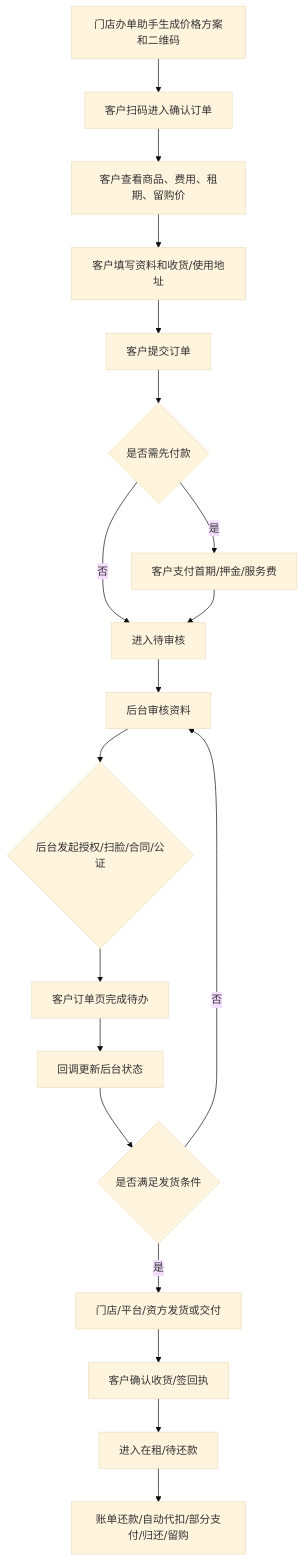
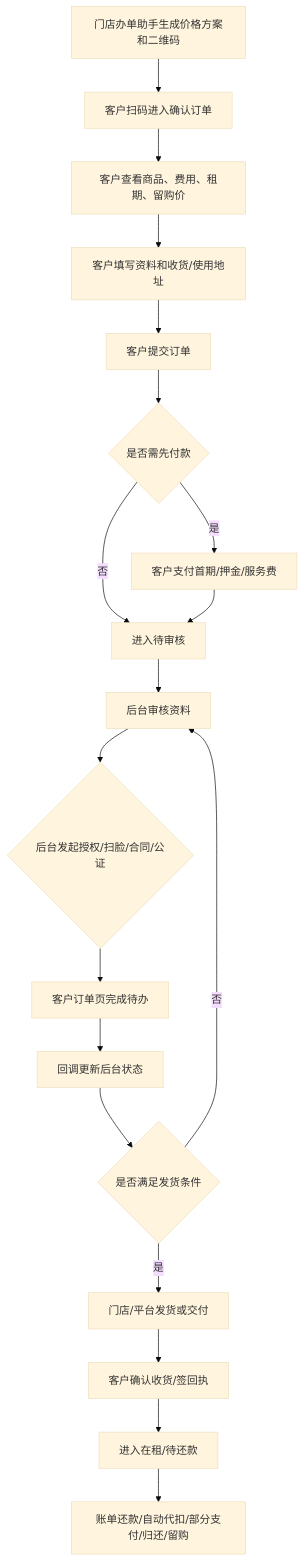
The diagram in PRD/V0.2/modules/C端/下单履约/01_客户扫码下单主流程.md (joezjyan-bot/mandian-prd), drawn with Mermaid (base theme) before and after one commit. The commit also changed other lines of this file, not shown here.

````diff
--- a/PRD/V0.2/modules/C端/下单履约/01_客户扫码下单主流程.md
+++ b/PRD/V0.2/modules/C端/下单履约/01_客户扫码下单主流程.md
@@ -36,21 +40,21 @@
 ```mermaid
 flowchart TD
     A["门店办单助手生成价格方案和二维码"] --> B["客户扫码进入确认订单"]
     B --> C["客户查看商品、费用、租期、留购价"]
     C --> D["客户填写资料和收货/使用地址"]
     D --> E["客户提交订单"]
     E --> F{"是否需先付款"}
     F -->|是| G["客户支付首期/押金/服务费"]
     F -->|否| H["进入待审核"]
     G --> H
     H --> I["后台审核资料"]
     I --> J{"后台发起授权/扫脸/合同/公证"}
     J --> K["客户订单页完成待办"]
     K --> L["回调更新后台状态"]
     L --> M{"是否满足发货条件"}
     M -->|否| I
-    M -->|是| N["门店/平台/资方发货或交付"]
+    M -->|是| N["门店/平台发货或交付"]
     N --> O["客户确认收货/签回执"]
     O --> P["进入在租/待还款"]
     P --> Q["账单还款/自动代扣/部分支付/归还/留购"]
 ```
````
